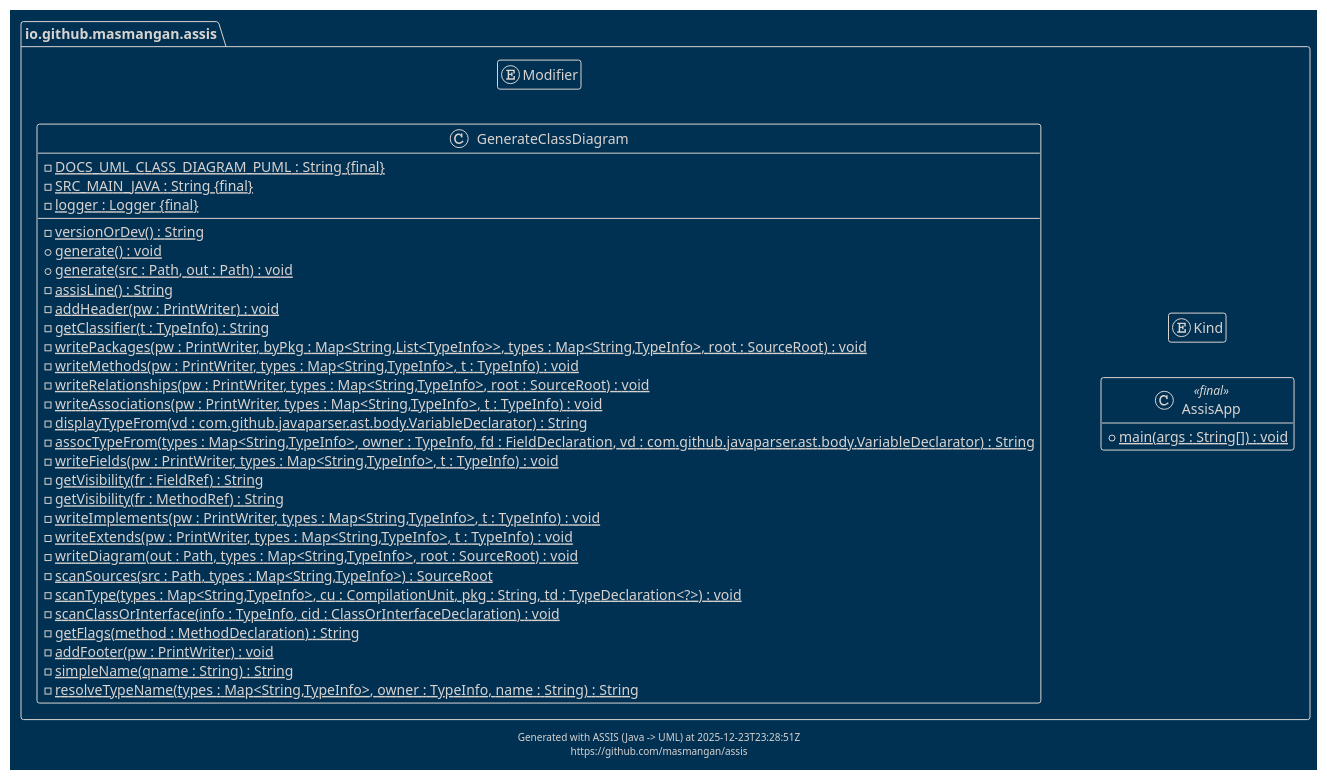
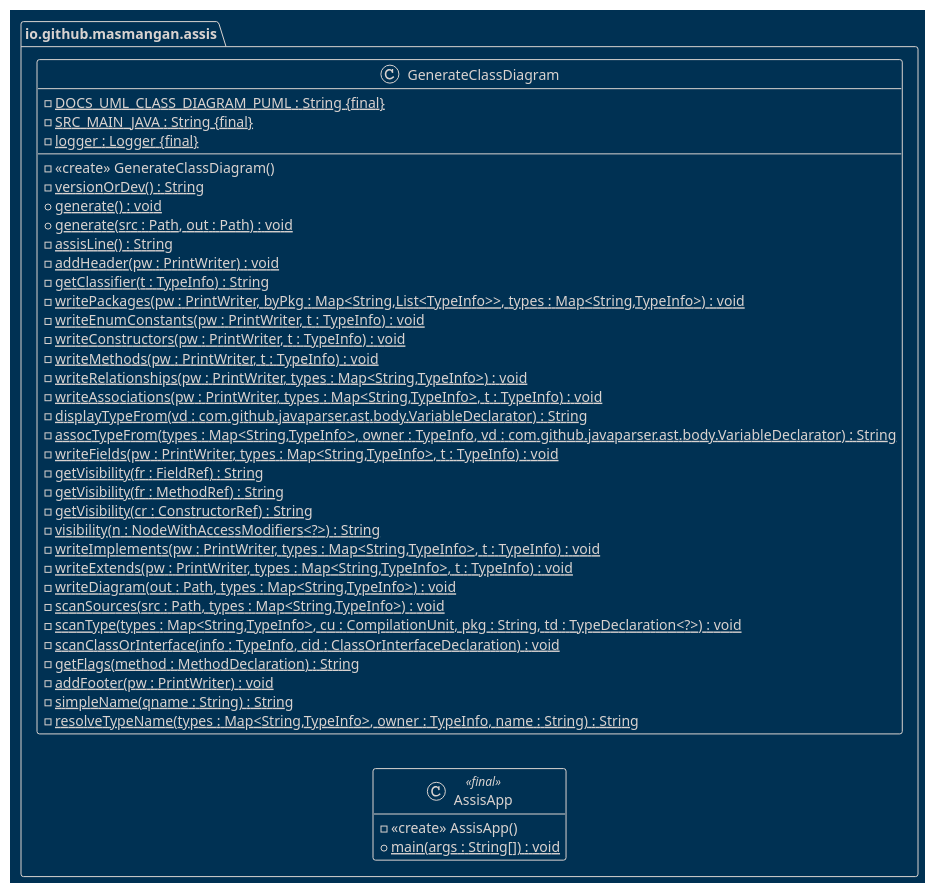
Before and after one commit to masmangan/javaparser-to-plantuml: the diagram in docs/diagrams/src/class-diagram.puml, drawn with PlantUML. The commit also changed 1 other file, not shown here.

Commit message:
chore: updating ASSIS class diagram and types diagram. Enum Kind and Modifier moved to internal nodes of GenerateClassDiagram class.  Footer removed from Types diagram.

```diff
--- a/docs/diagrams/src/class-diagram.puml
+++ b/docs/diagrams/src/class-diagram.puml
@@ -1,54 +1,54 @@
 @startuml class-diagram
 
 hide empty members
 !theme blueprint
 !pragma useIntermediatePackages false
 
 package "io.github.masmangan.assis" {
 class "io.github.masmangan.assis.GenerateClassDiagram" {
   - {static} DOCS_UML_CLASS_DIAGRAM_PUML : String {final}
   - {static} SRC_MAIN_JAVA : String {final}
   - {static} logger : Logger {final}
+  - <<create>> GenerateClassDiagram()
   - versionOrDev() : String {static}
   + generate() : void {static}
   + generate(src : Path, out : Path) : void {static}
   - assisLine() : String {static}
   - addHeader(pw : PrintWriter) : void {static}
   - getClassifier(t : TypeInfo) : String {static}
-  - writePackages(pw : PrintWriter, byPkg : Map<String,List<TypeInfo>>, types : Map<String,TypeInfo>, root : SourceRoot) : void {static}
-  - writeMethods(pw : PrintWriter, types : Map<String,TypeInfo>, t : TypeInfo) : void {static}
-  - writeRelationships(pw : PrintWriter, types : Map<String,TypeInfo>, root : SourceRoot) : void {static}
+  - writePackages(pw : PrintWriter, byPkg : Map<String,List<TypeInfo>>, types : Map<String,TypeInfo>) : void {static}
+  - writeEnumConstants(pw : PrintWriter, t : TypeInfo) : void {static}
+  - writeConstructors(pw : PrintWriter, t : TypeInfo) : void {static}
+  - writeMethods(pw : PrintWriter, t : TypeInfo) : void {static}
+  - writeRelationships(pw : PrintWriter, types : Map<String,TypeInfo>) : void {static}
   - writeAssociations(pw : PrintWriter, types : Map<String,TypeInfo>, t : TypeInfo) : void {static}
   - displayTypeFrom(vd : com.github.javaparser.ast.body.VariableDeclarator) : String {static}
-  - assocTypeFrom(types : Map<String,TypeInfo>, owner : TypeInfo, fd : FieldDeclaration, vd : com.github.javaparser.ast.body.VariableDeclarator) : String {static}
+  - assocTypeFrom(types : Map<String,TypeInfo>, owner : TypeInfo, vd : com.github.javaparser.ast.body.VariableDeclarator) : String {static}
   - writeFields(pw : PrintWriter, types : Map<String,TypeInfo>, t : TypeInfo) : void {static}
   - getVisibility(fr : FieldRef) : String {static}
   - getVisibility(fr : MethodRef) : String {static}
+  - getVisibility(cr : ConstructorRef) : String {static}
+  - visibility(n : NodeWithAccessModifiers<?>) : String {static}
   - writeImplements(pw : PrintWriter, types : Map<String,TypeInfo>, t : TypeInfo) : void {static}
   - writeExtends(pw : PrintWriter, types : Map<String,TypeInfo>, t : TypeInfo) : void {static}
-  - writeDiagram(out : Path, types : Map<String,TypeInfo>, root : SourceRoot) : void {static}
-  - scanSources(src : Path, types : Map<String,TypeInfo>) : SourceRoot {static}
+  - writeDiagram(out : Path, types : Map<String,TypeInfo>) : void {static}
+  - scanSources(src : Path, types : Map<String,TypeInfo>) : void {static}
   - scanType(types : Map<String,TypeInfo>, cu : CompilationUnit, pkg : String, td : TypeDeclaration<?>) : void {static}
   - scanClassOrInterface(info : TypeInfo, cid : ClassOrInterfaceDeclaration) : void {static}
   - getFlags(method : MethodDeclaration) : String {static}
   - addFooter(pw : PrintWriter) : void {static}
   - simpleName(qname : String) : String {static}
   - resolveTypeName(types : Map<String,TypeInfo>, owner : TypeInfo, name : String) : String {static}
 }
-enum "io.github.masmangan.assis.Modifier" {
-}
 class "io.github.masmangan.assis.AssisApp" <<final>> {
+  - <<create>> AssisApp()
   + main(args : String[]) : void {static}
-}
-enum "io.github.masmangan.assis.Kind" {
 }
 }
 
 left to right direction
 
-center footer
-Generated with ASSIS (Java -> UML) at 2025-12-23T23:28:51Z
-https://github.com/masmangan/assis
-end footer
+' Generated with ASSIS (Java -> UML)
+' https://github.com/masmangan/assis
 
 @enduml
```
